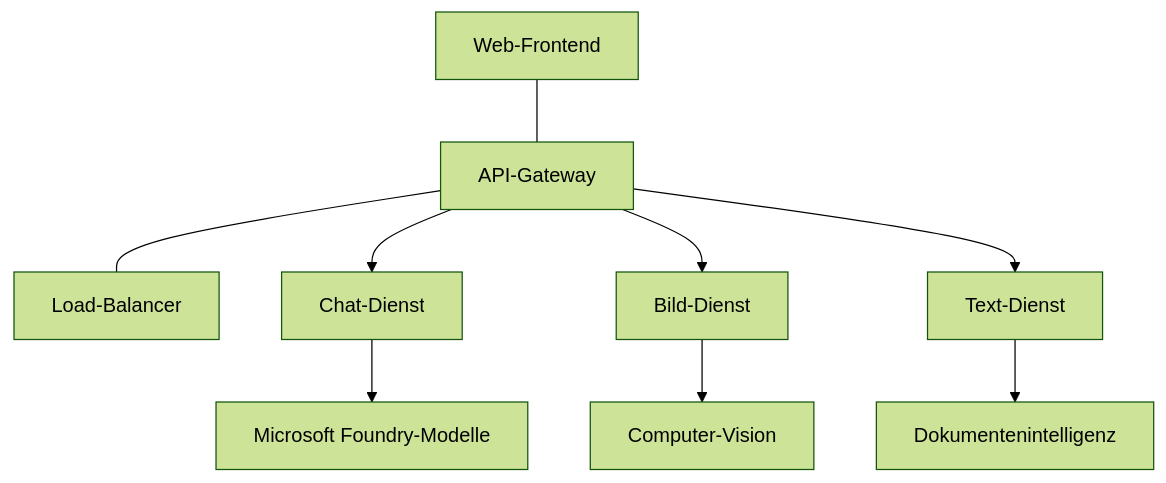
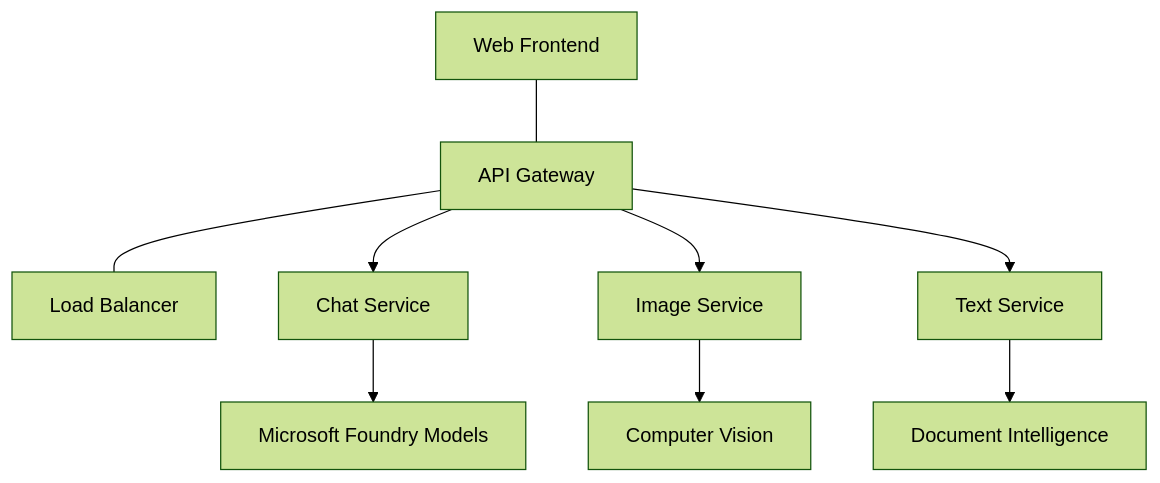
One commit to microsoft/AZD-for-beginners changed the diagram in translations/de/docs/chapter-08-production/production-ai-practices.md. Above: the diagram before and after it, drawn with Mermaid (forest theme). The commit also changed other lines of this file and 168 other files, not shown here.

````diff
--- a/translations/de/docs/chapter-08-production/production-ai-practices.md
+++ b/translations/de/docs/chapter-08-production/production-ai-practices.md
@@ -30,10 +26,10 @@
 ```mermaid
 graph TD
-    Frontend[Web-Frontend] --- Gateway[API-Gateway] --- LB[Load-Balancer]
-    Gateway --> Chat[Chat-Dienst]
-    Gateway --> Image[Bild-Dienst]
-    Gateway --> Text[Text-Dienst]
-    Chat --> OpenAI[Microsoft Foundry-Modelle]
-    Image --> Vision[Computer-Vision]
-    Text --> DocIntel[Dokumentenintelligenz]
+    Frontend[Web Frontend] --- Gateway[API Gateway] --- LB[Load Balancer]
+    Gateway --> Chat[Chat Service]
+    Gateway --> Image[Image Service]
+    Gateway --> Text[Text Service]
+    Chat --> OpenAI[Microsoft Foundry Models]
+    Image --> Vision[Computer Vision]
+    Text --> DocIntel[Document Intelligence]
 ```
````
